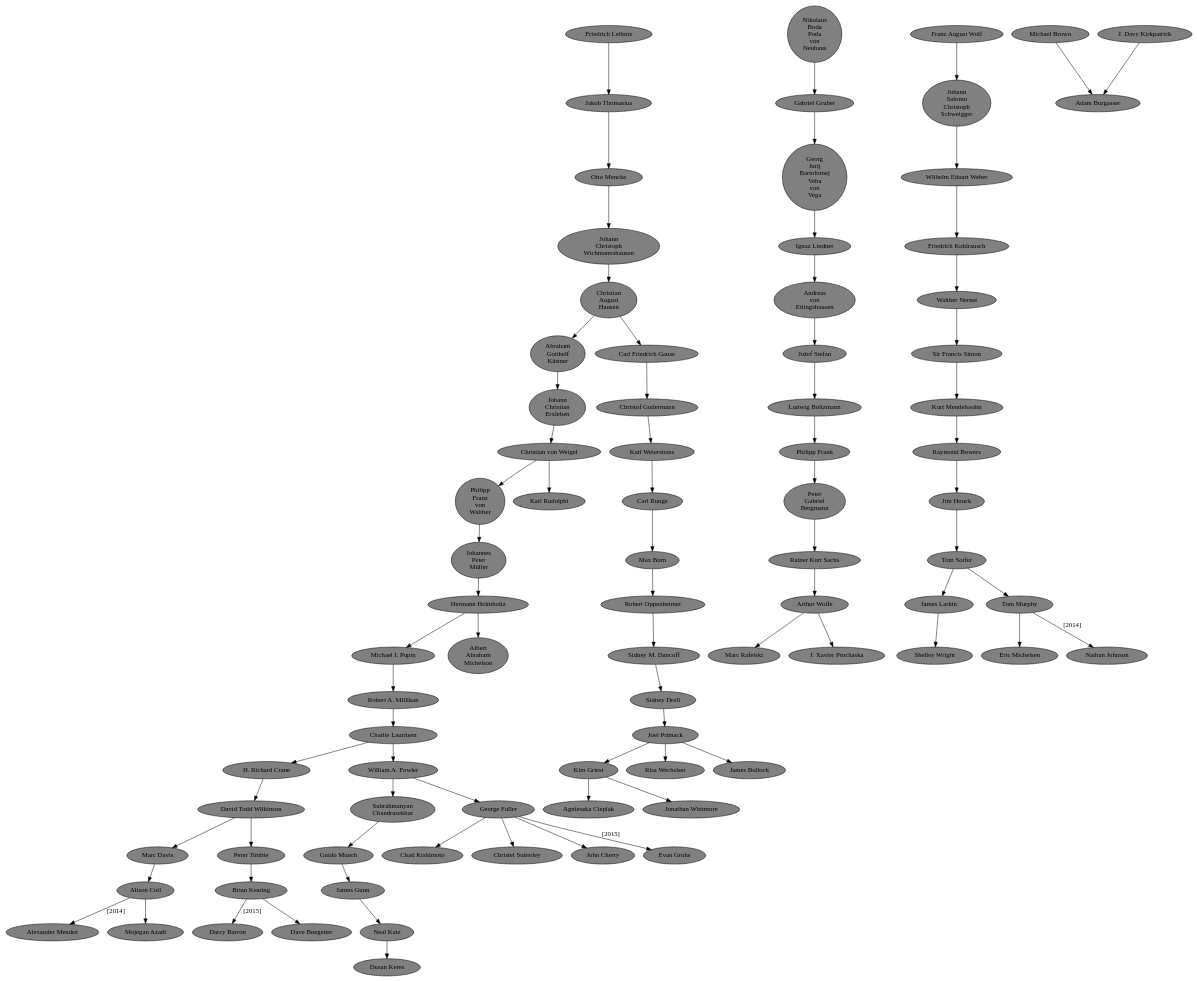
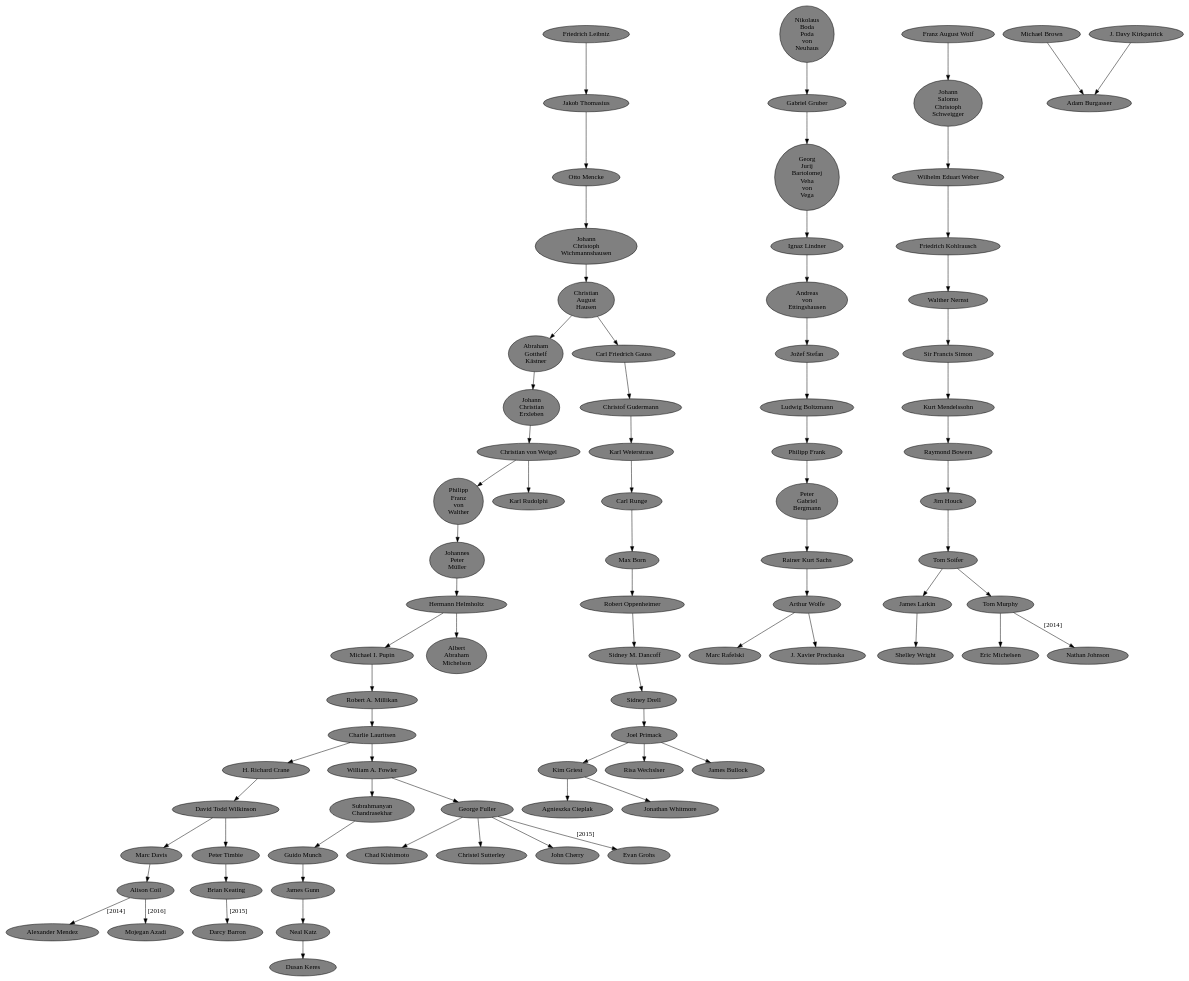
The diagram in 2014_tree.dot (ajmendez/AcademicGenealogy), drawn with Graphviz before and after one commit. The commit also changed 3 other files, not shown here.

```diff
--- a/2014_tree.dot
+++ b/2014_tree.dot
@@ -1,148 +1,147 @@
 strict digraph  {
 	graph [encoding="UTF-8",
 		forcelabel=True,
 		splines=true,
 		style="setlinewidth(2)"
 	];
 	node [fillcolor=gray,
 		style=filled
 	];
 	"Johann
 Christoph
 Wichmannshausen" -> "Christian
 August
 Hausen";
 	"Christian
 August
 Hausen" -> "Abraham
 Gotthelf
 Kästner";
 	"Christian
 August
 Hausen" -> "Carl Friedrich Gauss";
 	"Jožef Stefan" -> "Ludwig Boltzmann";
 	"Ludwig Boltzmann" -> "Philipp Frank";
 	"Tom Soifer" -> "James Larkin";
 	"Tom Soifer" -> "Tom Murphy";
 	"James Larkin" -> "Shelley Wright";
 	"Tom Murphy" -> "Eric Michelsen";
 	"Tom Murphy" -> "Nathan Johnson"	 [label="[2014]"];
 	"Philipp
 Franz
 von
 Walther" -> "Johannes
 Peter
 Müller";
 	"Johannes
 Peter
 Müller" -> "Hermann Helmholtz";
 	"Michael I. Pupin" -> "Robert A. Millikan";
 	"Robert A. Millikan" -> "Charlie Lauritsen";
 	"Marc Davis" -> "Alison Coil";
 	"Alison Coil" -> "Alexander Mendez"	 [label="[2014]"];
-	"Alison Coil" -> "Mojegan Azadi";
+	"Alison Coil" -> "Mojegan Azadi"	 [label="[2016]"];
 	"Otto Mencke" -> "Johann
 Christoph
 Wichmannshausen";
 	"H. Richard Crane" -> "David Todd Wilkinson";
 	"David Todd Wilkinson" -> "Marc Davis";
 	"David Todd Wilkinson" -> "Peter Timbie";
 	"Joel Primack" -> "Kim Griest";
 	"Joel Primack" -> "Risa Wechslser";
 	"Joel Primack" -> "James Bullock";
 	"Kim Griest" -> "Agnieszka Cieplak";
 	"Kim Griest" -> "Jonathan Whitmore";
 	"Friedrich Leibniz" -> "Jakob Thomasius";
 	"Jakob Thomasius" -> "Otto Mencke";
 	"Nikolaus
 Boda
 Poda
 von
 Neuhaus" -> "Gabriel Gruber";
 	"Gabriel Gruber" -> "Georg
 Jurij
 Bartolomej
 Veha
 von
 Vega";
 	"Philipp Frank" -> "Peter
 Gabriel
 Bergmann";
 	"Friedrich Kohlrausch" -> "Walther Nernst";
 	"Walther Nernst" -> "Sir Francis Simon";
 	"Hermann Helmholtz" -> "Michael I. Pupin";
 	"Hermann Helmholtz" -> "Albert
 Abraham
 Michelson";
 	"Andreas
 von
 Ettingshausen" -> "Jožef Stefan";
 	"Subrahmanyan
 Chandrasekhar" -> "Guido Munch";
 	"Guido Munch" -> "James Gunn";
 	"Ignaz Lindner" -> "Andreas
 von
 Ettingshausen";
 	"Sidney M. Dancoff" -> "Sidney Drell";
 	"Sidney Drell" -> "Joel Primack";
 	"Wilhelm Eduart Weber" -> "Friedrich Kohlrausch";
 	"Jim Houck" -> "Tom Soifer";
 	"Michael Brown" -> "Adam Burgasser";
 	"Brian Keating" -> "Darcy Barron"	 [label="[2015]"];
-	"Brian Keating" -> "Dave Boegetter";
 	"Rainer Kurt Sachs" -> "Arthur Wolfe";
 	"Arthur Wolfe" -> "Marc Rafelski";
 	"Arthur Wolfe" -> "J. Xavier Prochaska";
 	"Abraham
 Gotthelf
 Kästner" -> "Johann
 Christian
 Erxleben";
 	"Carl Friedrich Gauss" -> "Christof Gudermann";
 	"Sir Francis Simon" -> "Kurt Mendelssohn";
 	"Neal Katz" -> "Dusan Keres";
 	"Raymond Bowers" -> "Jim Houck";
 	"George Fuller" -> "Chad Kishimoto";
 	"George Fuller" -> "Christel Sutterley";
 	"George Fuller" -> "John Cherry";
 	"George Fuller" -> "Evan Grohs"	 [label="[2015]"];
 	"Johann
 Salomo
 Christoph
 Schweigger" -> "Wilhelm Eduart Weber";
 	"Robert Oppenheimer" -> "Sidney M. Dancoff";
 	"Peter
 Gabriel
 Bergmann" -> "Rainer Kurt Sachs";
 	"Charlie Lauritsen" -> "H. Richard Crane";
 	"Charlie Lauritsen" -> "William A. Fowler";
 	"Georg
 Jurij
 Bartolomej
 Veha
 von
 Vega" -> "Ignaz Lindner";
 	"James Gunn" -> "Neal Katz";
 	"William A. Fowler" -> "Subrahmanyan
 Chandrasekhar";
 	"William A. Fowler" -> "George Fuller";
 	"Kurt Mendelssohn" -> "Raymond Bowers";
 	"Johann
 Christian
 Erxleben" -> "Christian von Weigel";
 	"Christof Gudermann" -> "Karl Weierstrass";
 	"J. Davy Kirkpatrick" -> "Adam Burgasser";
 	"Karl Weierstrass" -> "Carl Runge";
 	"Carl Runge" -> "Max Born";
 	"Max Born" -> "Robert Oppenheimer";
 	"Peter Timbie" -> "Brian Keating";
 	"Christian von Weigel" -> "Philipp
 Franz
 von
 Walther";
 	"Christian von Weigel" -> "Karl Rudolphi";
 	"Franz August Wolf" -> "Johann
 Salomo
 Christoph
 Schweigger";
 }
```
